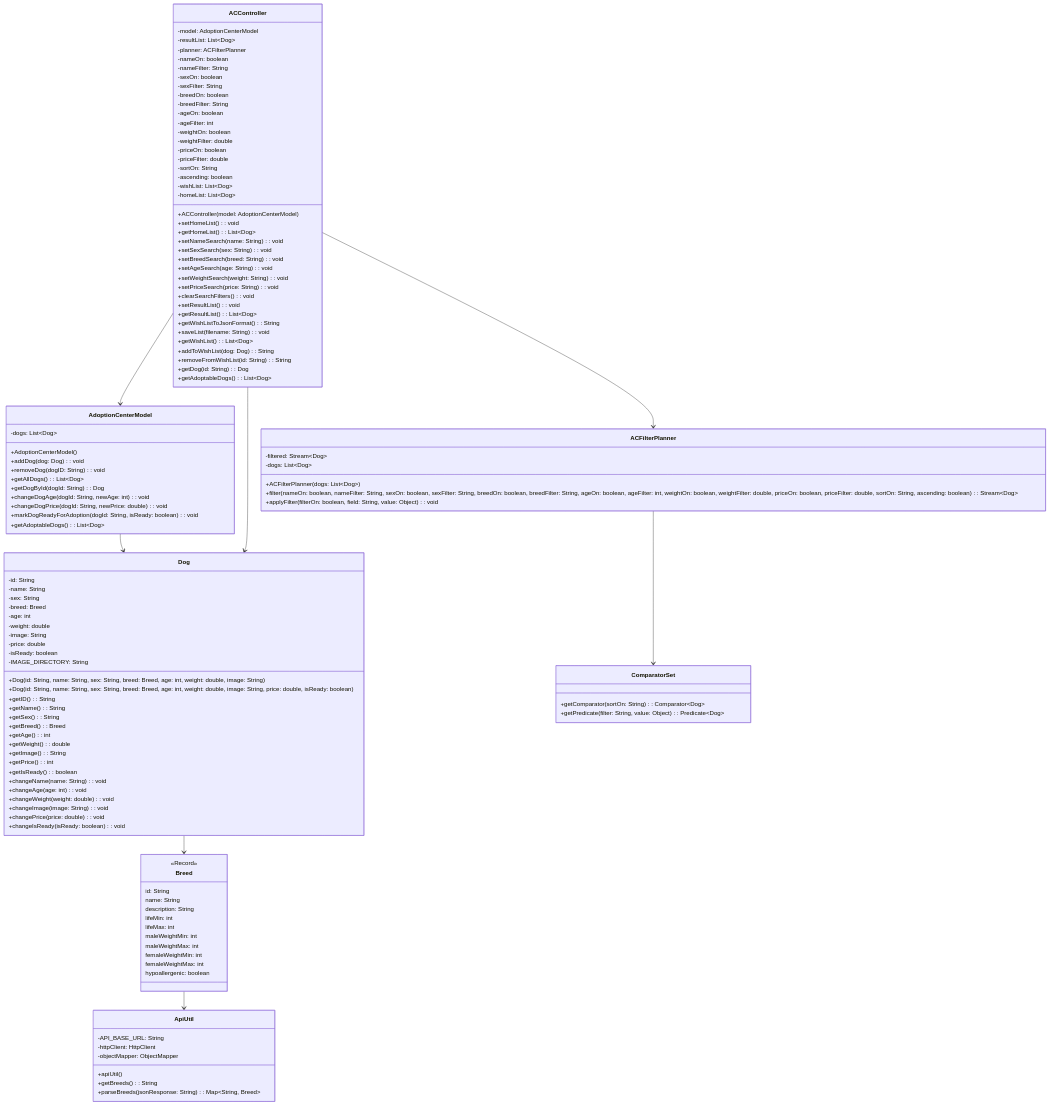
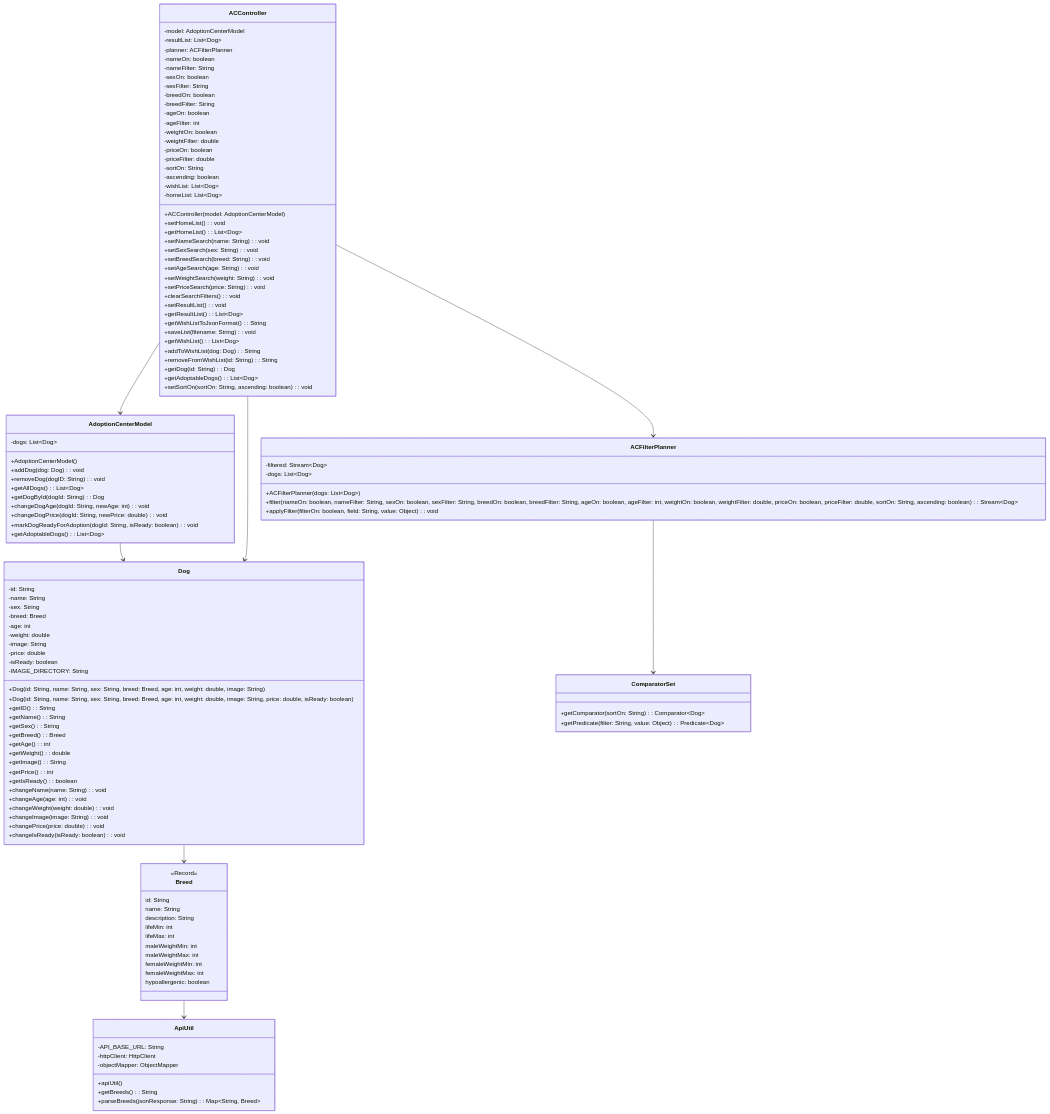
The diagram in DesignDocuments/FinalDesign.md (Su24-CS5004-Online-Lionelle/final-project-group-1), drawn with Mermaid before and after one commit. The commit also changed 3 other files, not shown here.

```diff
--- a/DesignDocuments/FinalDesign.md
+++ b/DesignDocuments/FinalDesign.md
@@ -114,6 +114,7 @@
     +removeFromWishList(id: String): String
     +getDog(id: String): Dog
     +getAdoptableDogs(): List~Dog~
+    +setSortOn(sortOn: String, ascending: boolean): void
 }
 Breed --> ApiUtil
 Dog --> Breed
```
